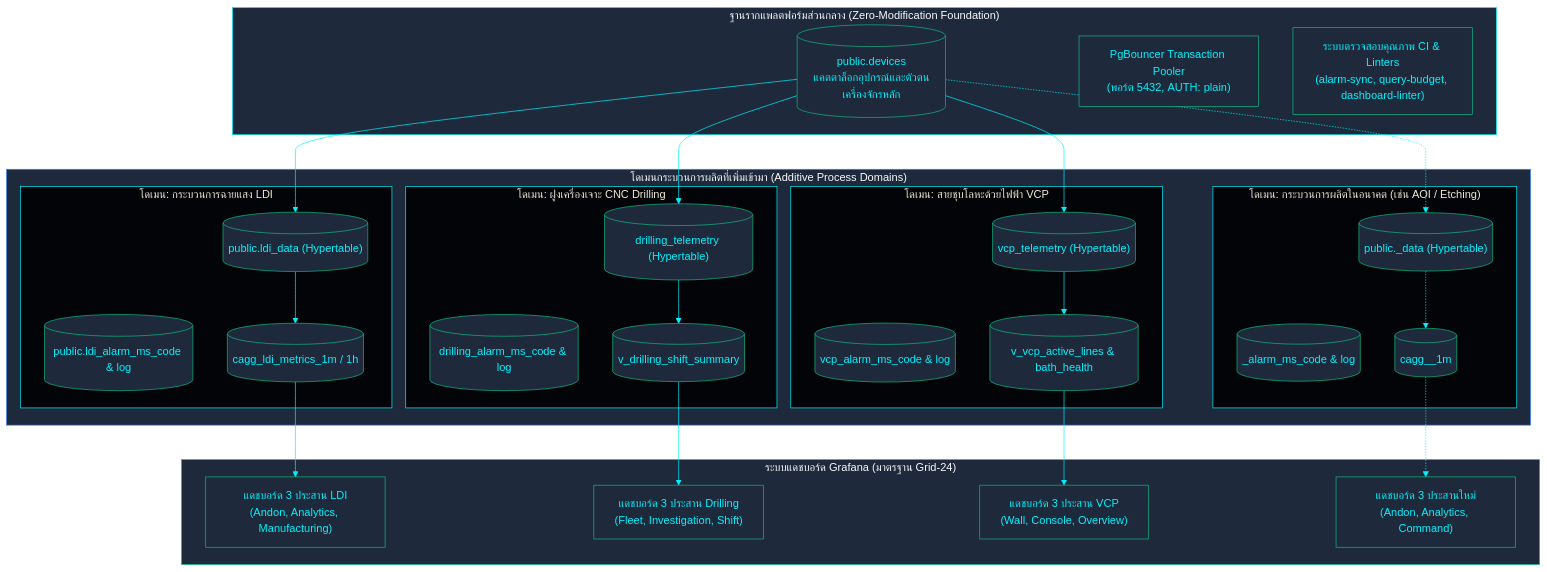
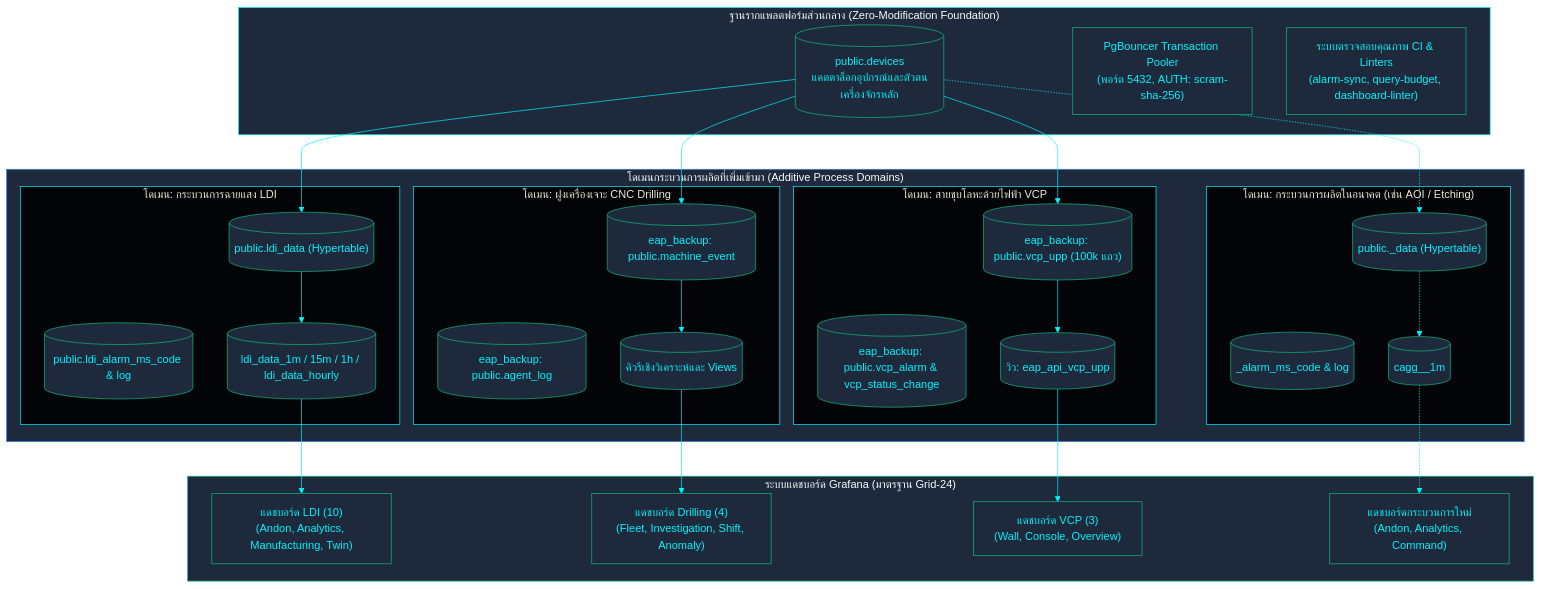
Before and after one commit to PATTANAKORN025/IMS: the diagram in th/docs/architecture/MANUFACTURING_DOMAIN.md, drawn with Mermaid. The commit also changed 36 other files, not shown here.

First line of the commit message:
fix(docs): reconcile 115 mermaid diagrams with architecture across 3 languages

````diff
--- a/th/docs/architecture/MANUFACTURING_DOMAIN.md
+++ b/th/docs/architecture/MANUFACTURING_DOMAIN.md
@@ -30,60 +30,53 @@
 ```mermaid
 %%{init: {'theme': 'base', 'themeVariables': { 'primaryColor': '#1e293b', 'primaryTextColor': '#00F2FE', 'primaryBorderColor': '#10B981', 'lineColor': '#00F2FE', 'secondaryColor': '#0f172a', 'tertiaryColor': '#0f172a', 'clusterBkg': '#030407', 'clusterBorder': '#00F2FE'}}}%%
 flowchart TB
   subgraph FOUNDATION["ฐานรากแพลตฟอร์มส่วนกลาง (Zero-Modification Foundation)"]
-    DEV[("public.devices
-แคตตาล็อกอุปกรณ์และตัวตนเครื่องจักรหลัก")]
-    PGB["PgBouncer Transaction Pooler
-(พอร์ต 5432, AUTH: plain)"]
-    CORE_LINT["ระบบตรวจสอบคุณภาพ CI & Linters
-(alarm-sync, query-budget, dashboard-linter)"]
+    DEV[("public.devices\nแคตตาล็อกอุปกรณ์และตัวตนเครื่องจักรหลัก")]
+    PGB["PgBouncer Transaction Pooler\n(พอร์ต 5432, AUTH: scram-sha-256)"]
+    CORE_LINT["ระบบตรวจสอบคุณภาพ CI & Linters\n(alarm-sync, query-budget, dashboard-linter)"]
   end
 
   subgraph DOMAINS["โดเมนกระบวนการผลิตที่เพิ่มเข้ามา (Additive Process Domains)"]
     subgraph D_LDI["โดเมน: กระบวนการฉายแสง LDI"]
       LDI_TBL[("public.ldi_data (Hypertable)")]
       LDI_ALM[("public.ldi_alarm_ms_code & log")]
-      LDI_CAGGS[("cagg_ldi_metrics_1m / 1h")]
+      LDI_CAGGS[("ldi_data_1m / 15m / 1h / ldi_data_hourly")]
     end
     subgraph D_DRL["โดเมน: ฝูงเครื่องเจาะ CNC Drilling"]
-      DRL_TBL[("drilling_telemetry (Hypertable)")]
-      DRL_ALM[("drilling_alarm_ms_code & log")]
-      DRL_CAGGS[("v_drilling_shift_summary")]
+      DRL_TBL[("eap_backup: public.machine_event")]
+      DRL_ALM[("eap_backup: public.agent_log")]
+      DRL_CAGGS[("คิวรีเชิงวิเคราะห์และ Views")]
     end
     subgraph D_VCP["โดเมน: สายชุบโลหะด้วยไฟฟ้า VCP"]
-      VCP_TBL[("vcp_telemetry (Hypertable)")]
-      VCP_ALM[("vcp_alarm_ms_code & log")]
-      VCP_CAGGS[("v_vcp_active_lines & bath_health")]
+      VCP_TBL[("eap_backup: public.vcp_upp (100k แถว)")]
+      VCP_ALM[("eap_backup: public.vcp_alarm & vcp_status_change")]
+      VCP_CAGGS[("วิว: eap_api_vcp_upp")]
     end
     subgraph D_FUTURE["โดเมน: กระบวนการผลิตในอนาคต (เช่น AOI / Etching)"]
       NEW_TBL[("public.<process>_data (Hypertable)")]
       NEW_ALM[("<process>_alarm_ms_code & log")]
       NEW_CAGGS[("cagg_<process>_1m")]
     end
   end
 
   subgraph DASHBOARDS["ระบบแดชบอร์ด Grafana (มาตรฐาน Grid-24)"]
-    LDI_DASH["แดชบอร์ด 3 ประสาน LDI
-(Andon, Analytics, Manufacturing)"]
-    DRL_DASH["แดชบอร์ด 3 ประสาน Drilling
-(Fleet, Investigation, Shift)"]
-    VCP_DASH["แดชบอร์ด 3 ประสาน VCP
-(Wall, Console, Overview)"]
-    NEW_DASH["แดชบอร์ด 3 ประสานใหม่
-(Andon, Analytics, Command)"]
+    LDI_DASH["แดชบอร์ด LDI (10)\n(Andon, Analytics, Manufacturing, Twin)"]
+    DRL_DASH["แดชบอร์ด Drilling (4)\n(Fleet, Investigation, Shift, Anomaly)"]
+    VCP_DASH["แดชบอร์ด VCP (3)\n(Wall, Console, Overview)"]
+    NEW_DASH["แดชบอร์ดกระบวนการใหม่\n(Andon, Analytics, Command)"]
   end
 
   DEV --> LDI_TBL
   DEV --> DRL_TBL
   DEV --> VCP_TBL
   DEV -.-> NEW_TBL
 
   LDI_TBL --> LDI_CAGGS --> LDI_DASH
   DRL_TBL --> DRL_CAGGS --> DRL_DASH
   VCP_TBL --> VCP_CAGGS --> VCP_DASH
   NEW_TBL -.-> NEW_CAGGS -.-> NEW_DASH
 
   style FOUNDATION fill:#1e293b,stroke:#00F2FE,color:#f8fafc
   style DOMAINS fill:#1e293b,stroke:#3b82f6,color:#f8fafc
   style DASHBOARDS fill:#1e293b,stroke:#10B981,color:#f8fafc
 ```
````
